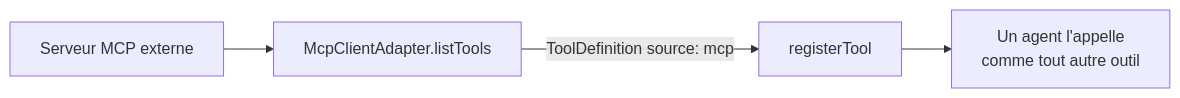
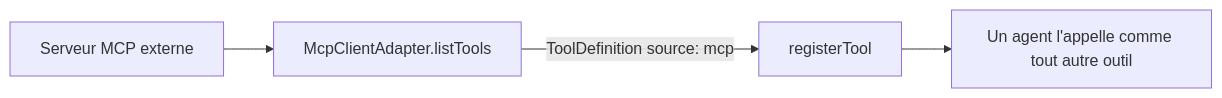
The fourth of 4 diagrams in docs/AI-ARCHITECTURE.md (Amine2bxl/Trade-Vault), drawn with Mermaid before and after one commit. The commit also changed other lines of this file and 30 other files, not shown here.

````diff
--- a/docs/AI-ARCHITECTURE.md
+++ b/docs/AI-ARCHITECTURE.md
@@ -134,6 +229,6 @@
 ```mermaid
 flowchart LR
   MCPX[Serveur MCP externe] --> CA[McpClientAdapter.listTools]
   CA -->|ToolDefinition source: mcp| REG[registerTool]
-  REG --> AG[Un agent l'appelle\ncomme tout autre outil]
+  REG --> AG[Un agent l'appelle comme tout autre outil]
 ```
````
